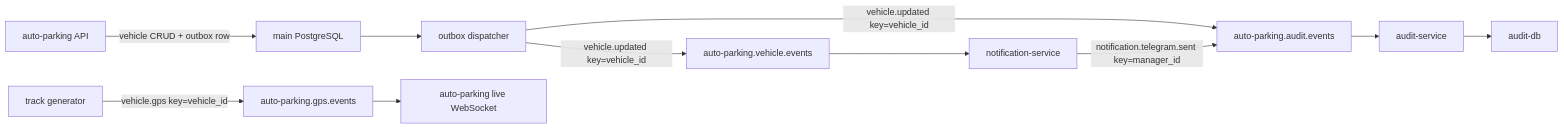
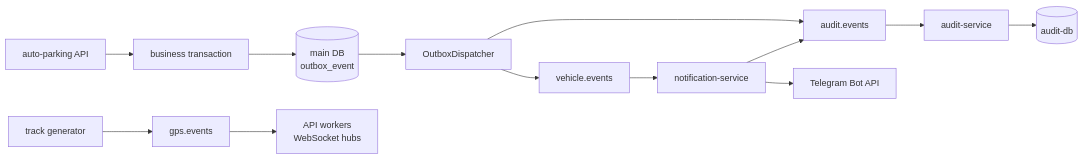
The diagram in docs/architecture/kafka.md (VahDunn/auto-parking), drawn with Mermaid before and after one commit. The commit also changed other lines of this file and 50 other files, not shown here.

````diff
--- a/docs/architecture/kafka.md
+++ b/docs/architecture/kafka.md
@@ -19,13 +16,18 @@
 ```mermaid
 flowchart LR
-    API["auto-parking API"] -->|"vehicle CRUD + outbox row"| AppDb["main PostgreSQL"]
-    AppDb --> Outbox["outbox dispatcher"]
-    Outbox -->|"vehicle.updated key=vehicle_id"| VehicleTopic["auto-parking.vehicle.events"]
-    Outbox -->|"vehicle.updated key=vehicle_id"| AuditTopic["auto-parking.audit.events"]
+    API["auto-parking API"] --> TX["business transaction"]
+    TX --> Outbox[("main DB<br/>outbox_event")]
+    Outbox --> Dispatcher["OutboxDispatcher"]
+    Dispatcher --> VehicleTopic["vehicle.events"]
+    Dispatcher --> AuditTopic["audit.events"]
+
     VehicleTopic --> Notification["notification-service"]
-    Notification -->|"notification.telegram.sent key=manager_id"| AuditTopic
+    Notification --> Telegram["Telegram Bot API"]
+    Notification --> AuditTopic
+
     AuditTopic --> Audit["audit-service"]
-    Audit --> AuditDb["audit-db"]
-    Generator["track generator"] -->|"vehicle.gps key=vehicle_id"| GpsTopic["auto-parking.gps.events"]
-    GpsTopic --> Realtime["auto-parking live WebSocket"]
+    Audit --> AuditDB[("audit-db")]
+
+    Generator["track generator"] --> GpsTopic["gps.events"]
+    GpsTopic --> Realtime["API workers<br/>WebSocket hubs"]
 ```
````
